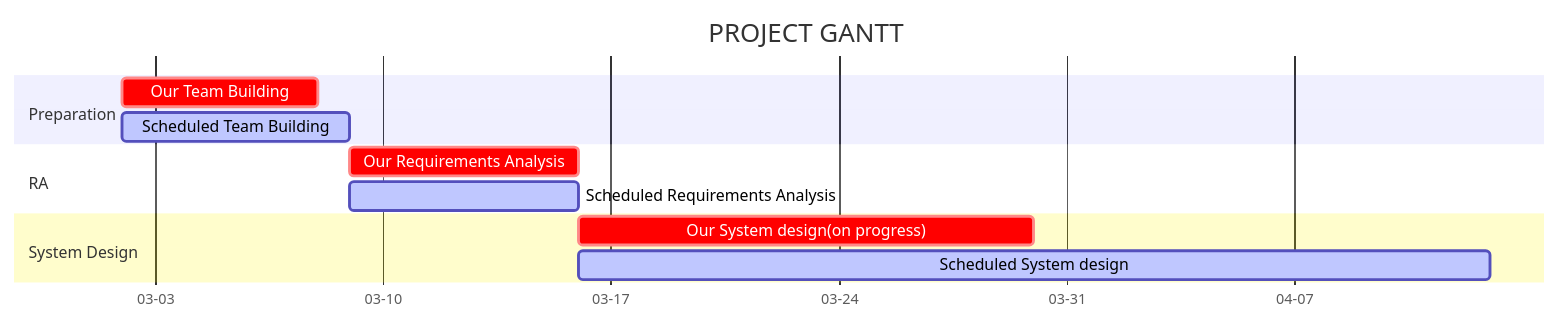
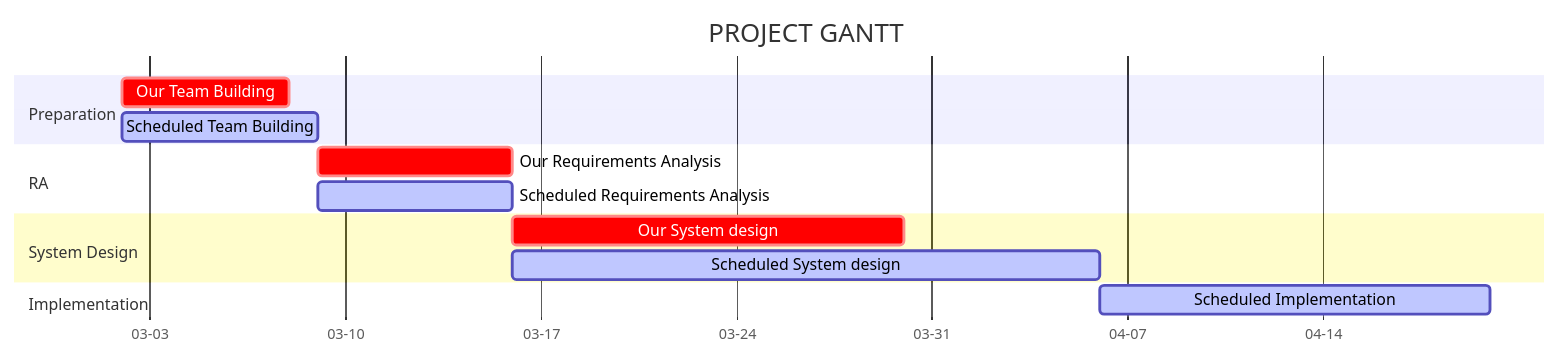
Before and after one commit to zkc3783/dream-share-discover: the diagram in CALENDER.md, drawn with Mermaid. The commit also changed other lines of this file and 1 other file, not shown here.

````diff
--- a/CALENDER.md
+++ b/CALENDER.md
@@ -9,15 +9,17 @@
 ```mermaid
 gantt
 dateFormat MM-DD
 axisFormat %m-%d
 title PROJECT GANTT
 section Preparation
 Our Team Building: crit, a1, 03-02, 6d
 Scheduled Team Building: active, a3, 03-02, 7d
 section RA
 Our Requirements Analysis: crit, 03-09 , 7d
 Scheduled Requirements Analysis: active, 03-09, 7d
 section System Design
-Our System design(on progress): crit, 03-16, 14d
-Scheduled System design: active, 03-16, 28d
+Our System design: crit, 03-16, 14d
+Scheduled System design: active, 03-16, 21d
+section Implementation
+Scheduled Implementation: active, 04-06, 14d
 ```
````
